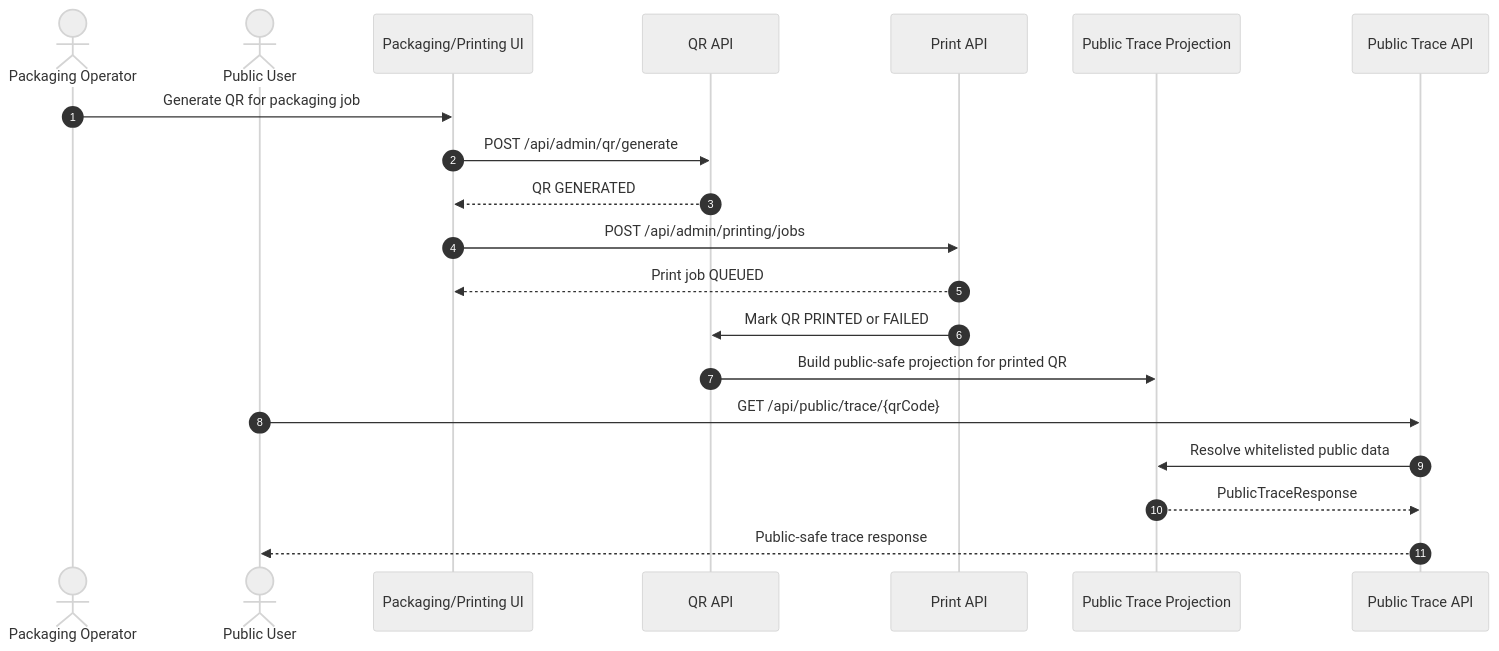
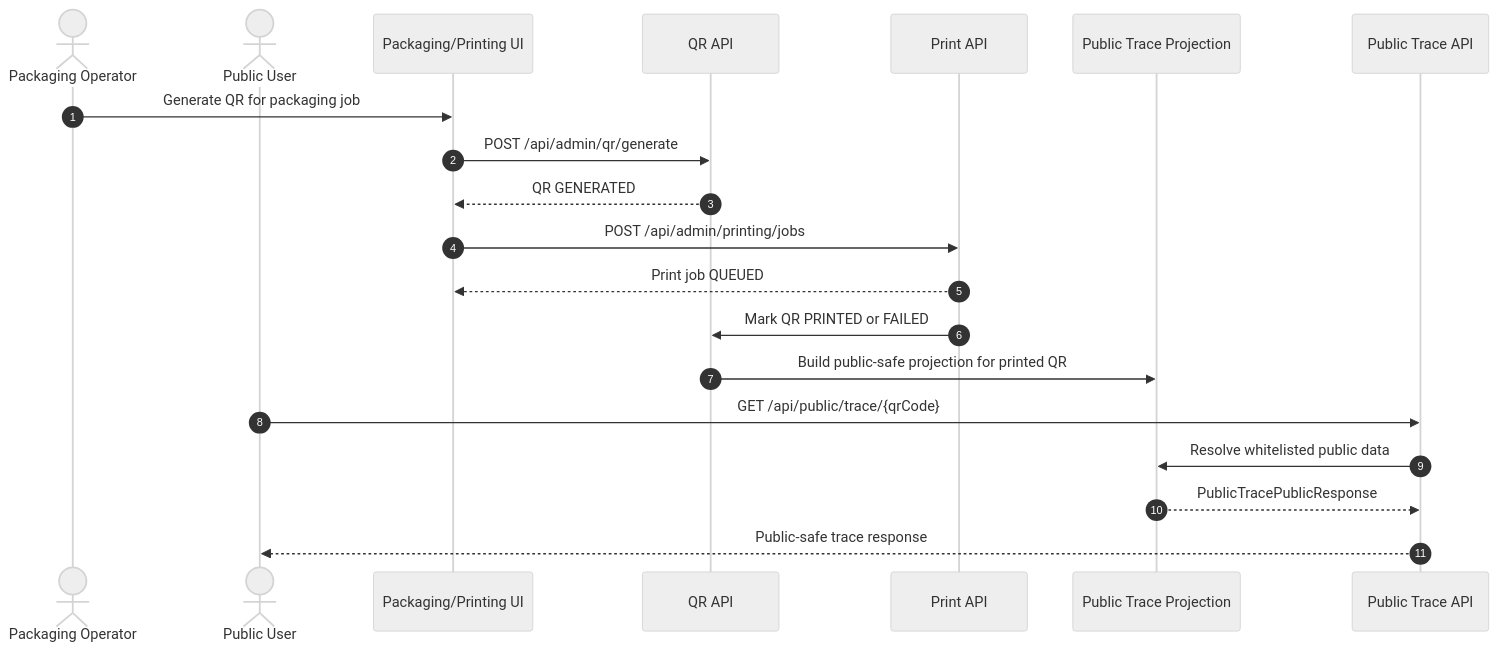
The fifth of 7 diagrams in docs/software-specs/workflows/03_SEQUENCE_DIAGRAMS.md (ngquoctoan2001/Ginsengfood-Operational-System), drawn with Mermaid (neutral theme) before and after one commit. The commit also changed 125 other files, not shown here.

````diff
--- a/docs/software-specs/workflows/03_SEQUENCE_DIAGRAMS.md
+++ b/docs/software-specs/workflows/03_SEQUENCE_DIAGRAMS.md
@@ -156,23 +156,23 @@
 ```mermaid
 sequenceDiagram
     autonumber
     actor Pack as Packaging Operator
     actor Public as Public User
     participant UI as Packaging/Printing UI
     participant QrAPI as QR API
     participant PrintAPI as Print API
     participant TraceProjection as Public Trace Projection
     participant PublicAPI as Public Trace API
 
     Pack->>UI: Generate QR for packaging job
     UI->>QrAPI: POST /api/admin/qr/generate
     QrAPI-->>UI: QR GENERATED
     UI->>PrintAPI: POST /api/admin/printing/jobs
     PrintAPI-->>UI: Print job QUEUED
     PrintAPI->>QrAPI: Mark QR PRINTED or FAILED
     QrAPI->>TraceProjection: Build public-safe projection for printed QR
     Public->>PublicAPI: GET /api/public/trace/{qrCode}
     PublicAPI->>TraceProjection: Resolve whitelisted public data
-    TraceProjection-->>PublicAPI: PublicTraceResponse
+    TraceProjection-->>PublicAPI: PublicTracePublicResponse
     PublicAPI-->>Public: Public-safe trace response
 ```
````
